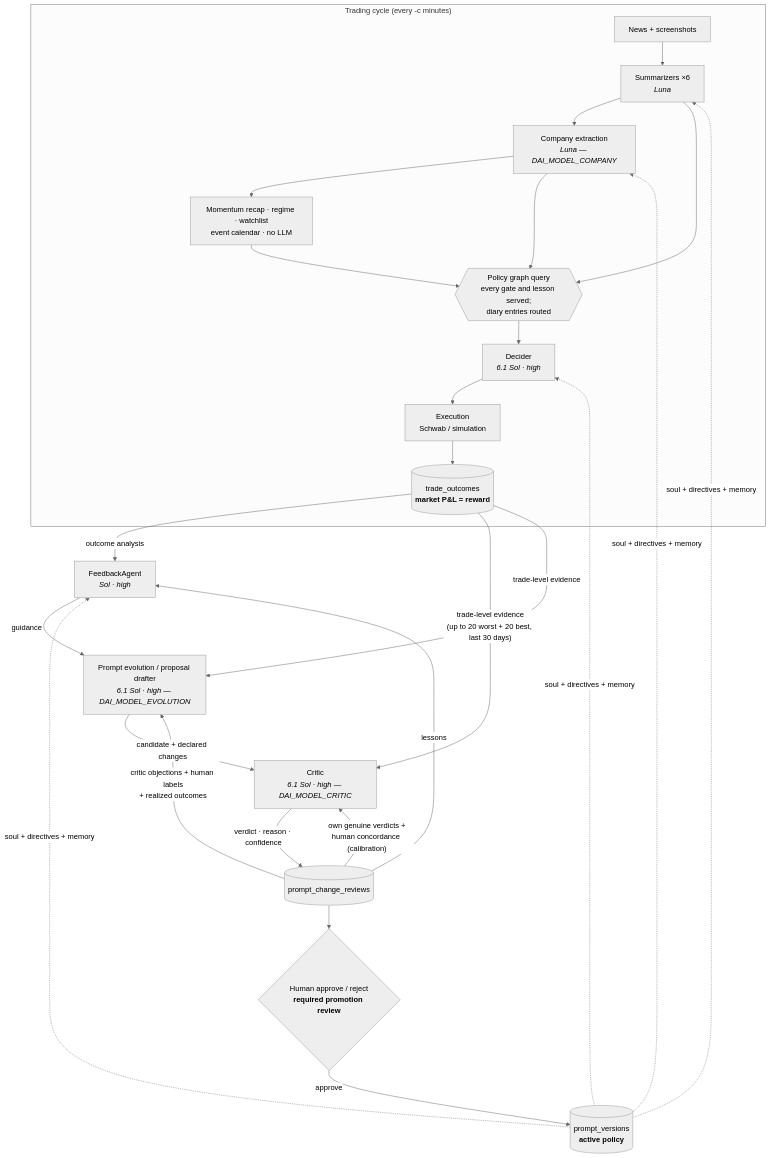
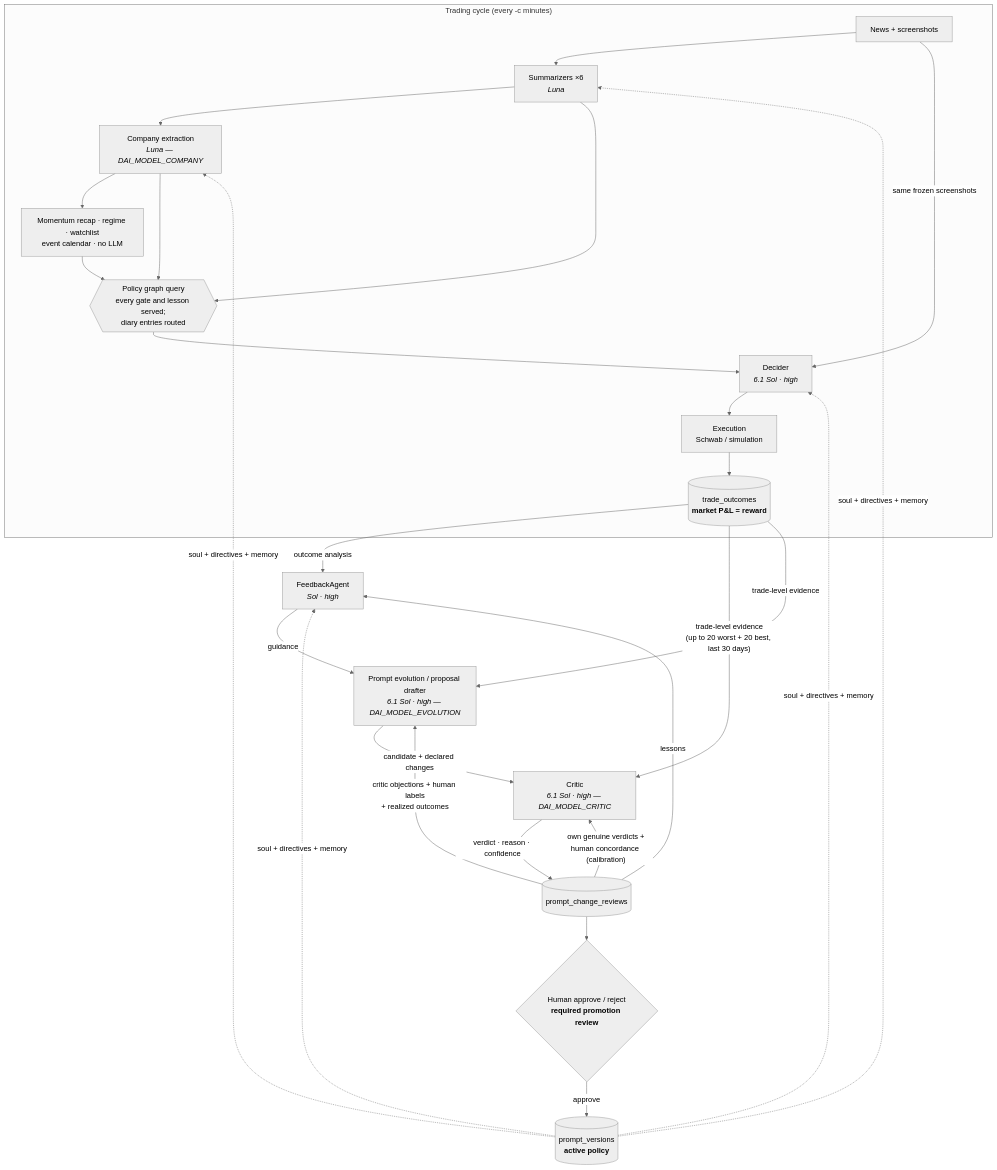
The diagram in README.md (attdobi/d-ai-trader), drawn with Mermaid (neutral theme) before and after one commit. The commit also changed other lines of this file and 376 other files, not shown here.

Commit message:
feat: share frozen news screenshots with router and decider

````diff
--- a/README.md
+++ b/README.md
@@ -141,26 +232,27 @@
 ```mermaid
 flowchart TB
     subgraph CYCLE["Trading cycle (every -c minutes)"]
         NEWS[News + screenshots] --> SUM[Summarizers ×6<br/><i>Luna</i>]
         SUM --> CO[Company extraction<br/><i>Luna — DAI_MODEL_COMPANY</i>]
         CO --> TR[Momentum recap · regime · watchlist<br/>event calendar · no LLM]
         SUM & CO & TR --> KG{{Policy graph query<br/>every gate and lesson served;<br/>diary entries routed}}
+        NEWS -->|same frozen screenshots| DEC
         KG --> DEC[Decider<br/><i>6.1 Sol · high</i>]
         DEC --> EXEC[Execution<br/>Schwab / simulation]
         EXEC --> OUT[(trade_outcomes<br/><b>market P&L = reward</b>)]
     end
 
     OUT -->|outcome analysis| FB[FeedbackAgent<br/><i>Sol · high</i>]
     FB -->|guidance| GEN[Prompt evolution / proposal drafter<br/><i>6.1 Sol · high — DAI_MODEL_EVOLUTION</i>]
     GEN -->|candidate + declared changes| CRITIC[Critic<br/><i>6.1 Sol · high — DAI_MODEL_CRITIC</i>]
     OUT -->|"trade-level evidence<br/>(up to 20 worst + 20 best, last 30 days)"| CRITIC
     OUT -->|trade-level evidence| GEN
     CRITIC -->|verdict · reason · confidence| REV[(prompt_change_reviews)]
     REV --> HUMAN{Human approve / reject<br/><b>required promotion review</b>}
     HUMAN -->|approve| POL[(prompt_versions<br/><b>active policy</b>)]
     POL -.->|soul + directives + memory| SUM & CO & DEC & FB
 
     REV -->|"critic objections + human labels<br/>+ realized outcomes"| GEN
     REV -->|lessons| FB
     REV -->|"own genuine verdicts +<br/>human concordance (calibration)"| CRITIC
 ```
````
